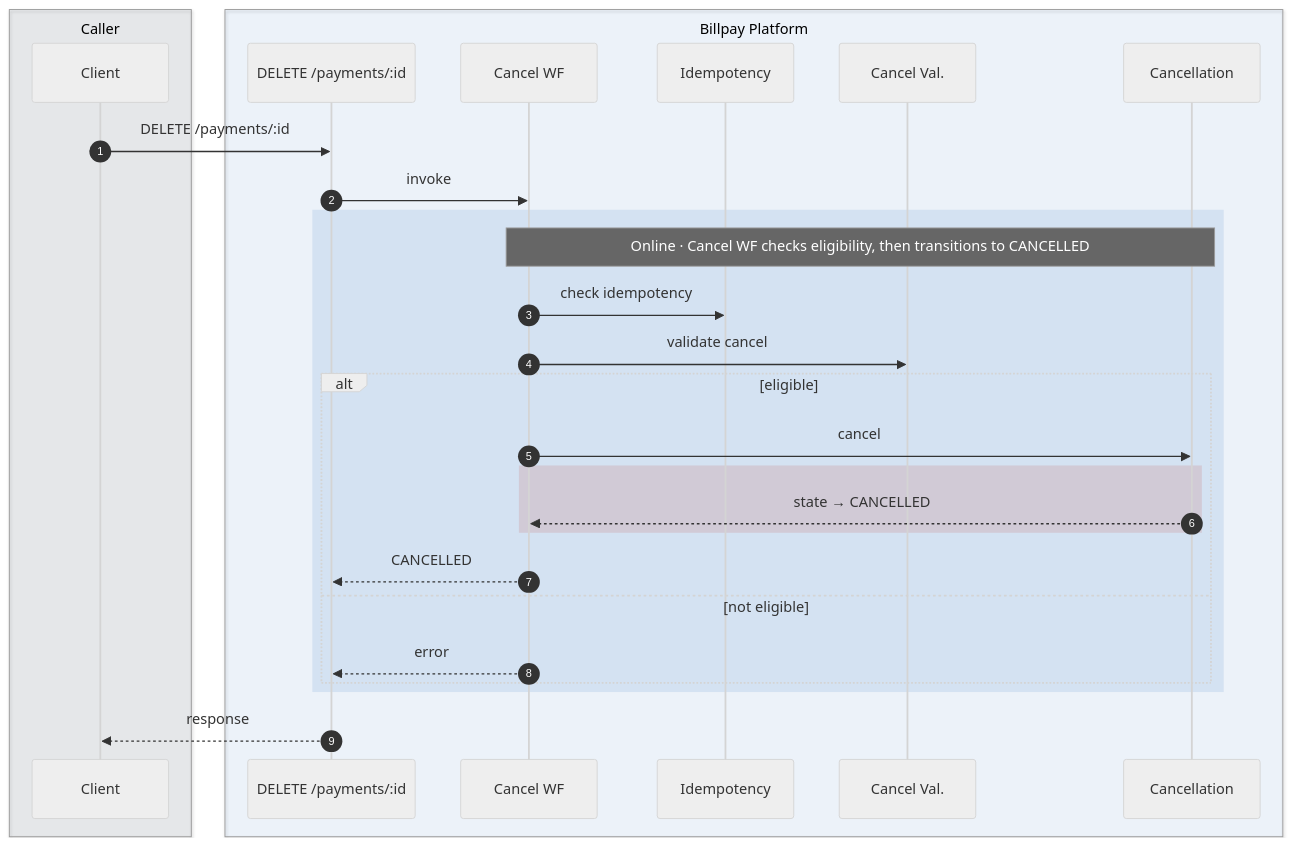
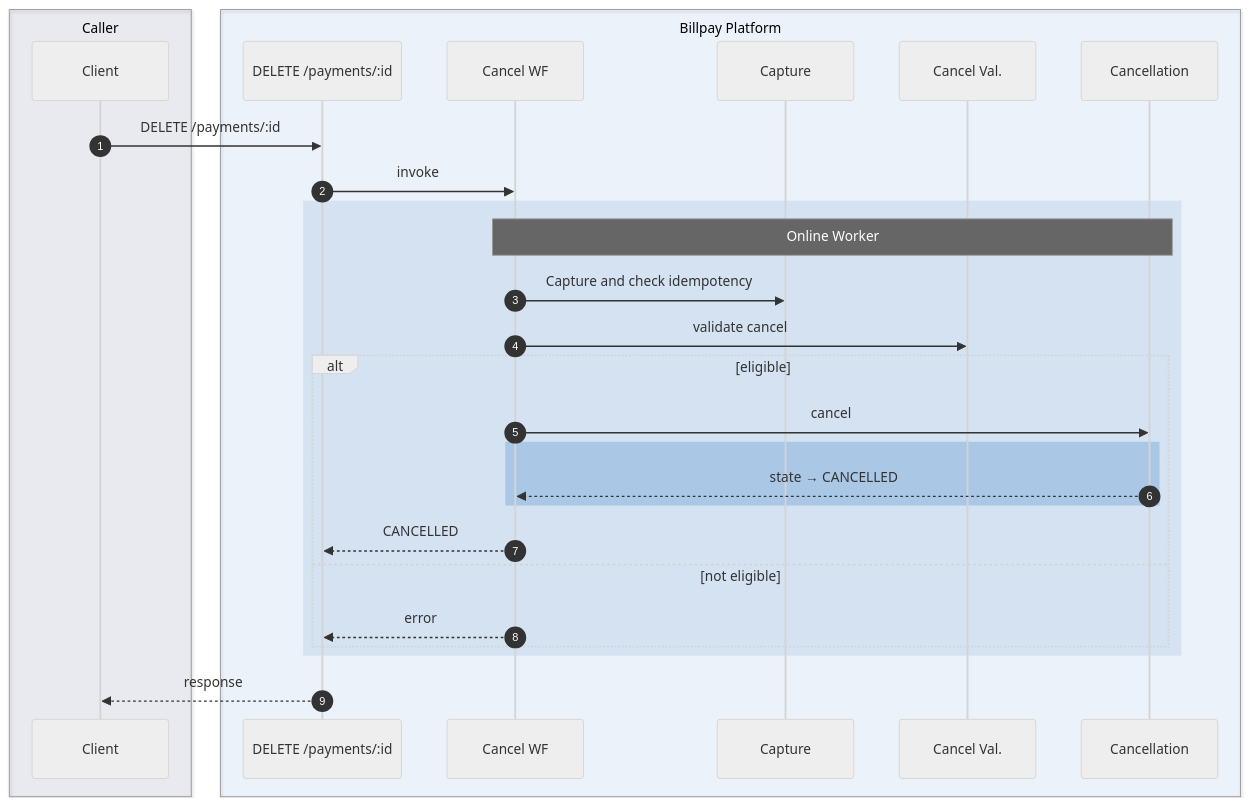
One commit to arunav-bhattacharya/billpay-book changed the sixth of 12 diagrams in website/docs/design/diagrams/sequence-diagram.md. Above: the diagram before and after it, drawn with Mermaid (neutral theme). The commit also changed other lines of this file and 63 other files, not shown here.

First line of the commit message:
Redraw the sequence diagrams in Amex blue, and make them readable

````diff
--- a/website/docs/design/diagrams/sequence-diagram.md
+++ b/website/docs/design/diagrams/sequence-diagram.md
@@ -465,36 +512,44 @@
 ```mermaid
+---
+# Sans, not the site's mono: it reads better at this size and lays out about
+# 20% narrower. It has to be declared per diagram because Mermaid's global
+# fontFamily is mono for the state diagrams and overrides sequence.*FontFamily.
+config:
+  fontFamily: "BentonSansUI, Helvetica, Arial, sans-serif"
+  fontSize: 15
+---
 sequenceDiagram
   autonumber
 
-  box rgba(111,124,143,0.12) Caller
+  box rgba(0,23,90,0.07) Caller
     participant C as Client
   end
 
   box rgba(1,111,208,0.06) Billpay Platform
     participant API as DELETE /payments/:id
     participant CWF as Cancel WF
-    participant IDEMP as Idempotency
+    participant IDEMP as Capture
     participant PCV as Cancel Val.
     participant PCN as Cancellation
   end
 
   C->>API: DELETE /payments/:id
   API->>CWF: invoke
 
   rect rgba(1,91,179,0.10)
-    Note over CWF,PCN: Online · Cancel WF checks eligibility, then transitions to CANCELLED
-    CWF->>IDEMP: check idempotency
+    Note over CWF,PCN: Online Worker
+    CWF->>IDEMP: Capture and check idempotency
     CWF->>PCV: validate cancel
     alt eligible
       CWF->>PCN: cancel
-      rect rgba(192,57,43,0.14)
+      rect rgba(0,98,182,0.20)
         PCN-->>CWF: state → CANCELLED
       end
       CWF-->>API: CANCELLED
     else not eligible
       CWF-->>API: error
     end
   end
 
   API-->>C: response
 ```
````
